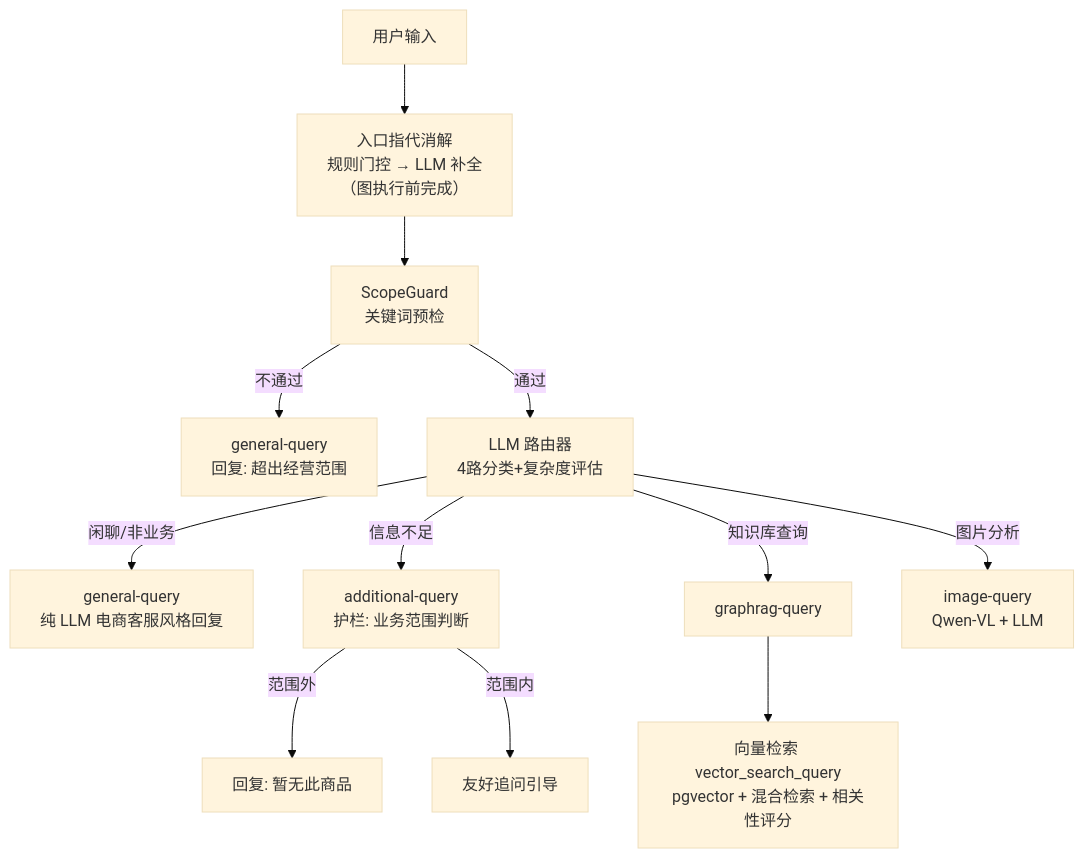
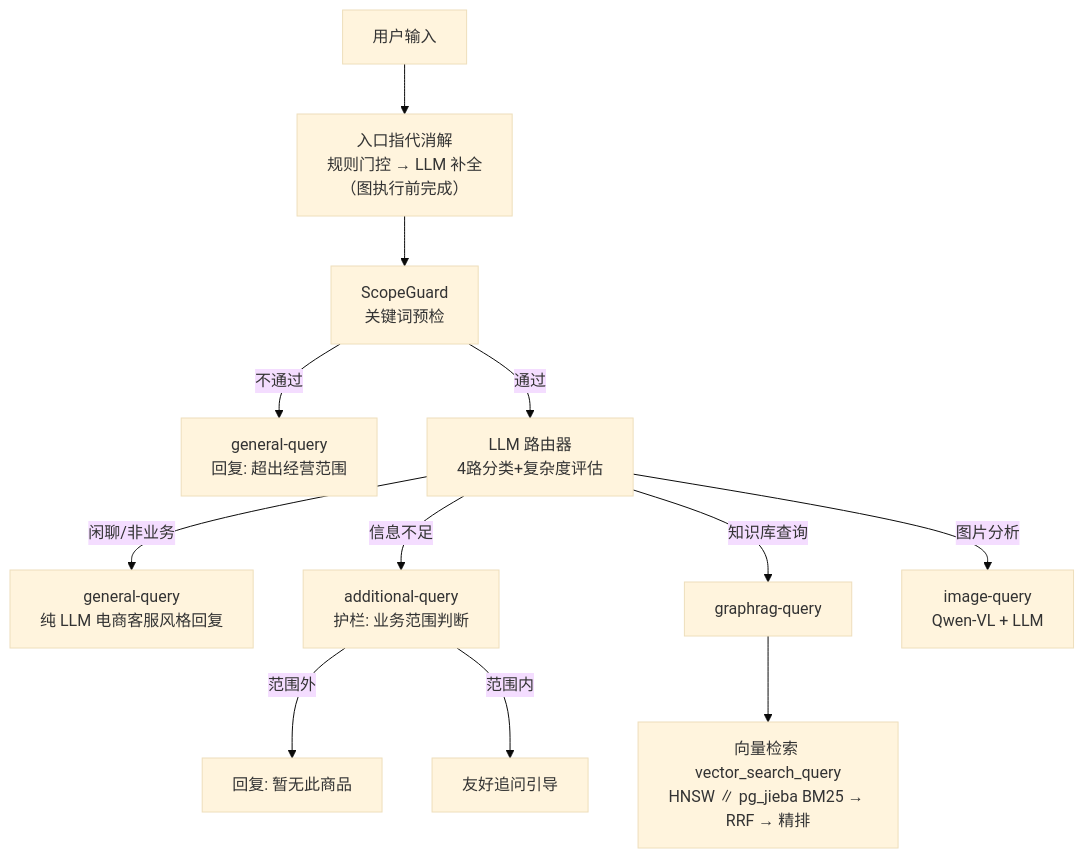
One commit to blowt16/SmartCS-Agent changed the eighth of 14 diagrams in docs/PROJECT_ANALYSIS.md. Above: the diagram before and after it, drawn with Mermaid (base theme). The commit also changed other lines of this file, not shown here.

````diff
--- a/docs/PROJECT_ANALYSIS.md
+++ b/docs/PROJECT_ANALYSIS.md
@@ -493,19 +498,19 @@
 ```mermaid
 flowchart TD
     Q["用户输入"]
     RESOLVE["入口指代消解<br/>规则门控 → LLM 补全<br/>（图执行前完成）"]
     SG["ScopeGuard<br/>关键词预检"]
     Q --> RESOLVE
     RESOLVE --> SG
     SG -->|不通过| GEN["general-query<br/>回复: 超出经营范围"]
     SG -->|通过| ROUTER["LLM 路由器<br/>4路分类+复杂度评估"]
 
     ROUTER -->|"闲聊/非业务"| GEN2["general-query<br/>纯 LLM 电商客服风格回复"]
     ROUTER -->|"信息不足"| ADD["additional-query<br/>护栏: 业务范围判断"]
     ADD -->|"范围外"| REJECT["回复: 暂无此商品"]
     ADD -->|"范围内"| ASK["友好追问引导"]
     ROUTER -->|"知识库查询"| KG["graphrag-query"]
     ROUTER -->|"图片分析"| IMG["image-query<br/>Qwen-VL + LLM"]
 
-    KG --> GRAG["向量检索 vector_search_query<br/>pgvector + 混合检索 + 相关性评分"]
+    KG --> GRAG["向量检索 vector_search_query<br/>HNSW ∥ pg_jieba BM25 → RRF → 精排"]
 ```
````
